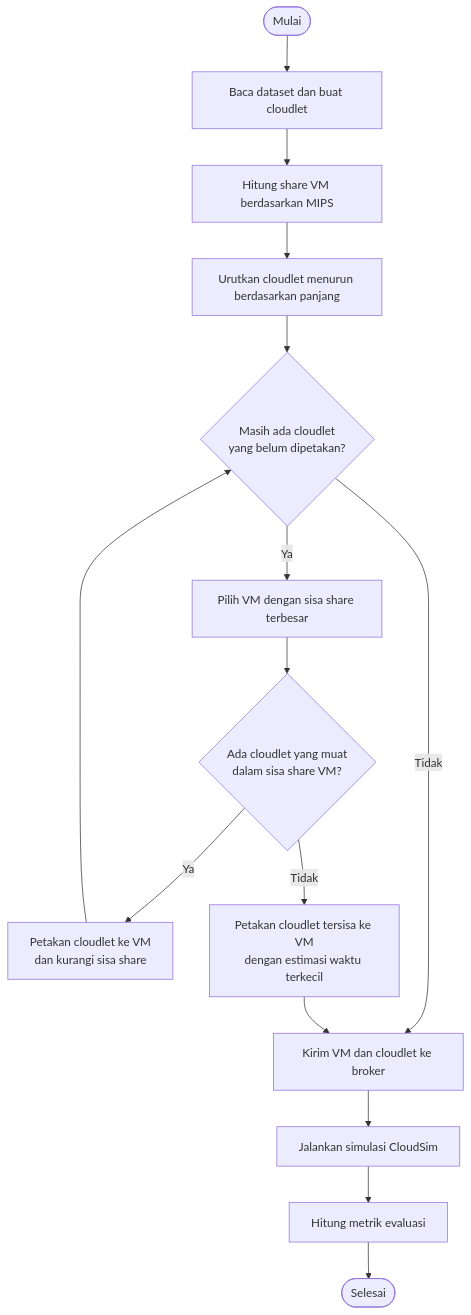
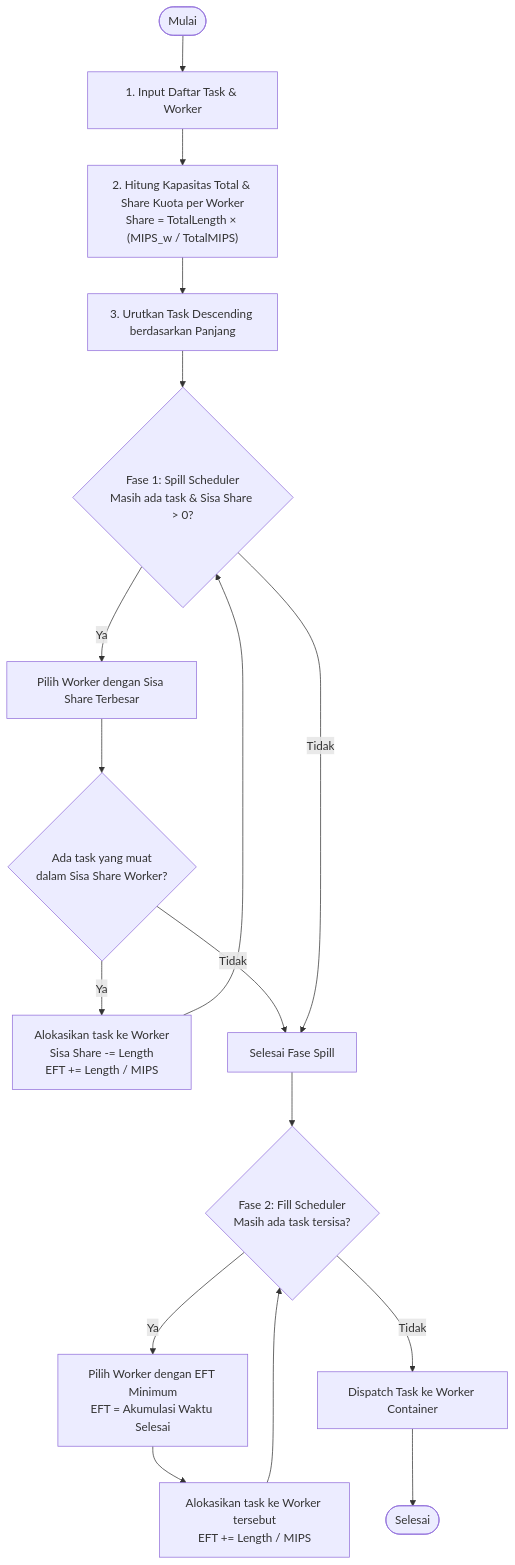
Before and after one commit to yudi0312/HeuristicAlgorithm_SokaA_Kelompok3: the second of 3 diagrams in README.md, drawn with Mermaid. The commit also changed other lines of this file and 26 other files, not shown here.

````diff
--- a/README.md
+++ b/README.md
@@ -95,17 +111,23 @@
 ```mermaid
 flowchart TD
-    START([Mulai]) --> INPUT["Baca dataset dan buat cloudlet"]
-    INPUT --> SHARE["Hitung share VM berdasarkan MIPS"]
-    SHARE --> SORT["Urutkan cloudlet menurun berdasarkan panjang"]
-    SORT --> CHECK{"Masih ada cloudlet<br/>yang belum dipetakan?"}
-    CHECK -- Ya --> MAX["Pilih VM dengan sisa share terbesar"]
-    MAX --> FIT{"Ada cloudlet yang muat<br/>dalam sisa share VM?"}
-    FIT -- Ya --> SPILL["Petakan cloudlet ke VM<br/>dan kurangi sisa share"]
-    SPILL --> CHECK
-    FIT -- Tidak --> FILL["Petakan cloudlet tersisa ke VM<br/>dengan estimasi waktu terkecil"]
-    CHECK -- Tidak --> SUBMIT["Kirim VM dan cloudlet ke broker"]
-    FILL --> SUBMIT
-    SUBMIT --> RUN["Jalankan simulasi CloudSim"]
-    RUN --> METRICS["Hitung metrik evaluasi"]
-    METRICS --> END([Selesai])
+    START([Mulai]) --> INPUT["1. Input Daftar Task & Worker"]
+    INPUT --> SHARE["2. Hitung Kapasitas Total & Share Kuota per Worker<br/>Share = TotalLength × (MIPS_w / TotalMIPS)"]
+    SHARE --> SORT["3. Urutkan Task Descending berdasarkan Panjang"]
+    SORT --> CHECK_SPILL{"Fase 1: Spill Scheduler<br/>Masih ada task & Sisa Share > 0?"}
+    
+    CHECK_SPILL -- Ya --> MAX_SHARE["Pilih Worker dengan Sisa Share Terbesar"]
+    MAX_SHARE --> FIND_TASK{"Ada task yang muat<br/>dalam Sisa Share Worker?"}
+    FIND_TASK -- Ya --> ASSIGN_SPILL["Alokasikan task ke Worker<br/>Sisa Share -= Length<br/>EFT += Length / MIPS"]
+    ASSIGN_SPILL --> CHECK_SPILL
+    FIND_TASK -- Tidak --> END_SPILL["Selesai Fase Spill"]
+    
+    CHECK_SPILL -- Tidak --> END_SPILL
+    END_SPILL --> CHECK_FILL{"Fase 2: Fill Scheduler<br/>Masih ada task tersisa?"}
+    
+    CHECK_FILL -- Ya --> MIN_EFT["Pilih Worker dengan EFT Minimum<br/>EFT = Akumulasi Waktu Selesai"]
+    MIN_EFT --> ASSIGN_FILL["Alokasikan task ke Worker tersebut<br/>EFT += Length / MIPS"]
+    ASSIGN_FILL --> CHECK_FILL
+    
+    CHECK_FILL -- Tidak --> DISPATCH["Dispatch Task ke Worker Container"]
+    DISPATCH --> END([Selesai])
 ```
````
